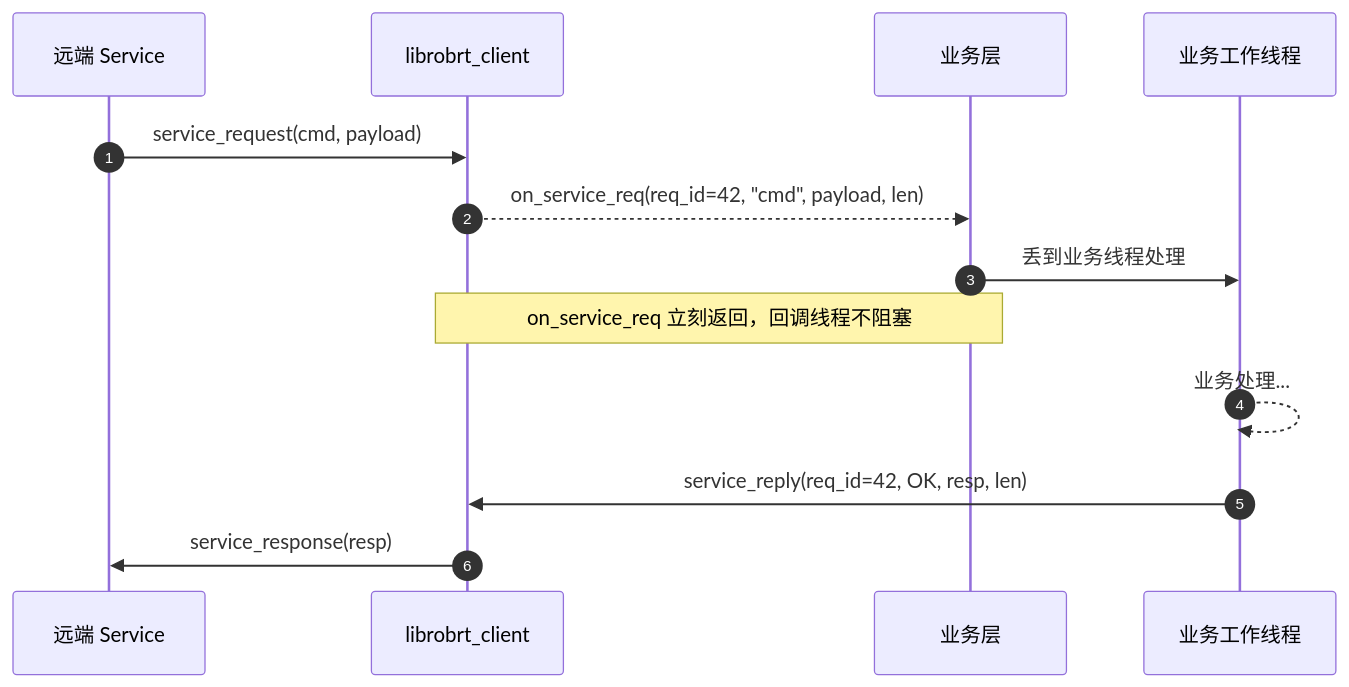
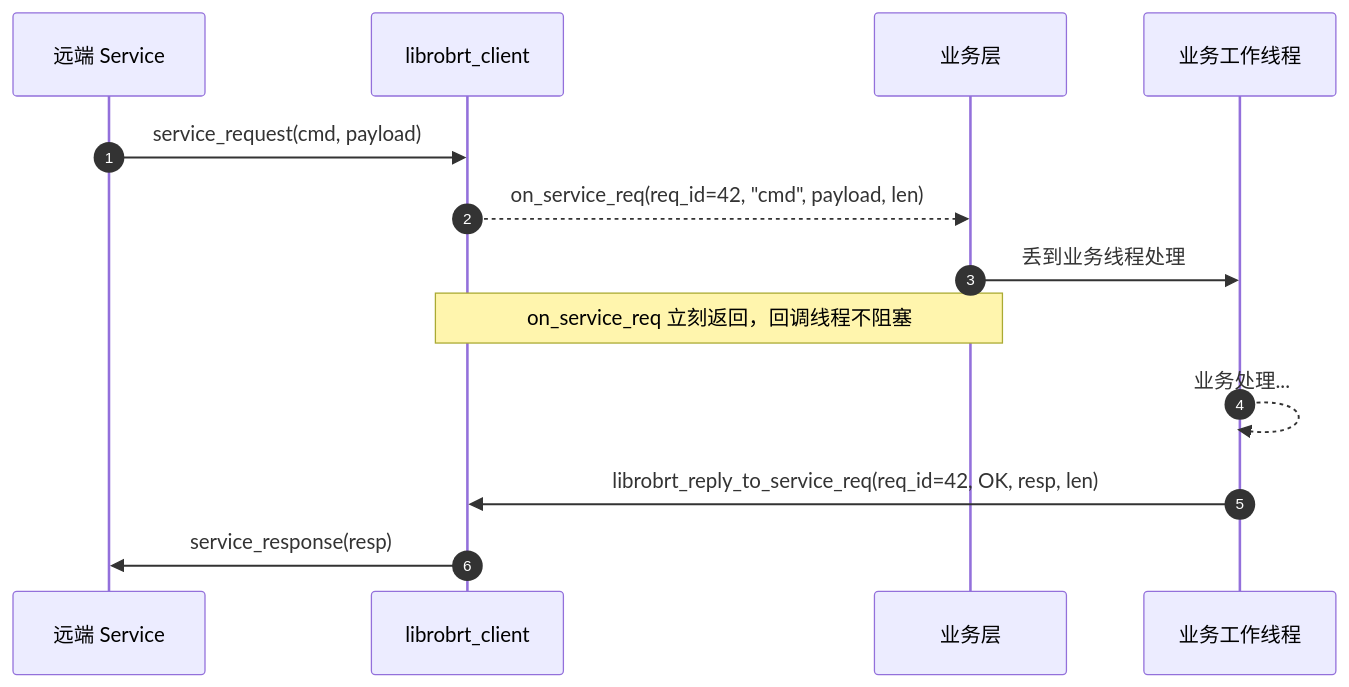
Before and after one commit to honeyyaya/libRoboFlow: the seventh of 11 diagrams in docs/client_api_design.md, drawn with Mermaid. The commit also changed other lines of this file and 35 other files, not shown here.

````diff
--- a/docs/client_api_design.md
+++ b/docs/client_api_design.md
@@ -217,16 +215,16 @@
 ```mermaid
 sequenceDiagram
     autonumber
     participant SRV as 远端 Service
     participant SDK as librobrt_client
     participant APP as 业务层
     participant BIZ as 业务工作线程
 
     SRV->>SDK: service_request(cmd, payload)
     SDK-->>APP: on_service_req(req_id=42, "cmd", payload, len)
     APP->>BIZ: 丢到业务线程处理
     Note over APP,SDK: on_service_req 立刻返回，回调线程不阻塞
     BIZ-->>BIZ: 业务处理...
-    BIZ->>SDK: service_reply(req_id=42, OK, resp, len)
+    BIZ->>SDK: librobrt_reply_to_service_req(req_id=42, OK, resp, len)
     SDK->>SRV: service_response(resp)
 ```
````
